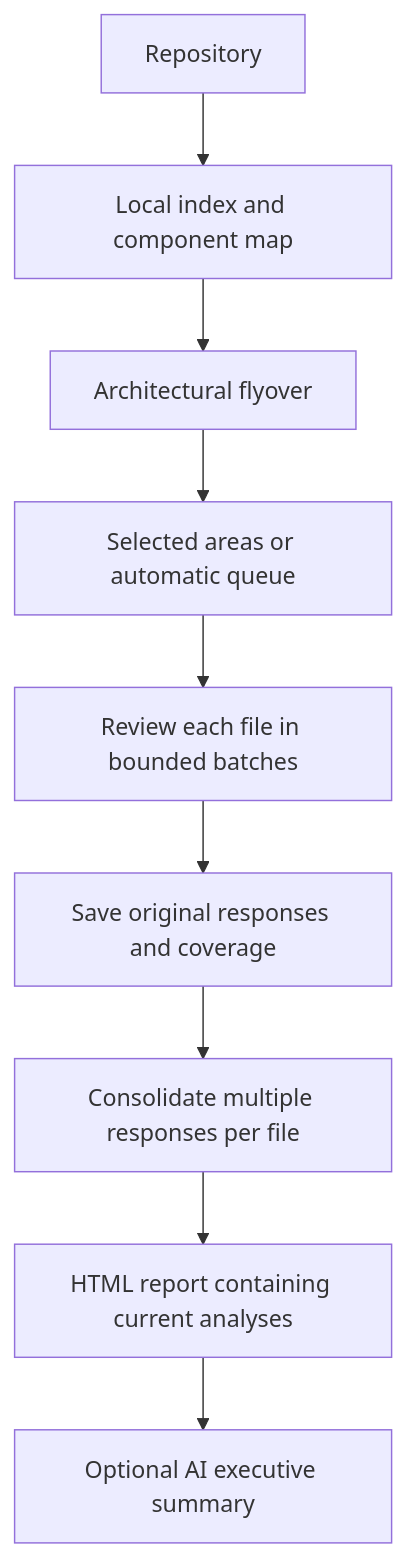
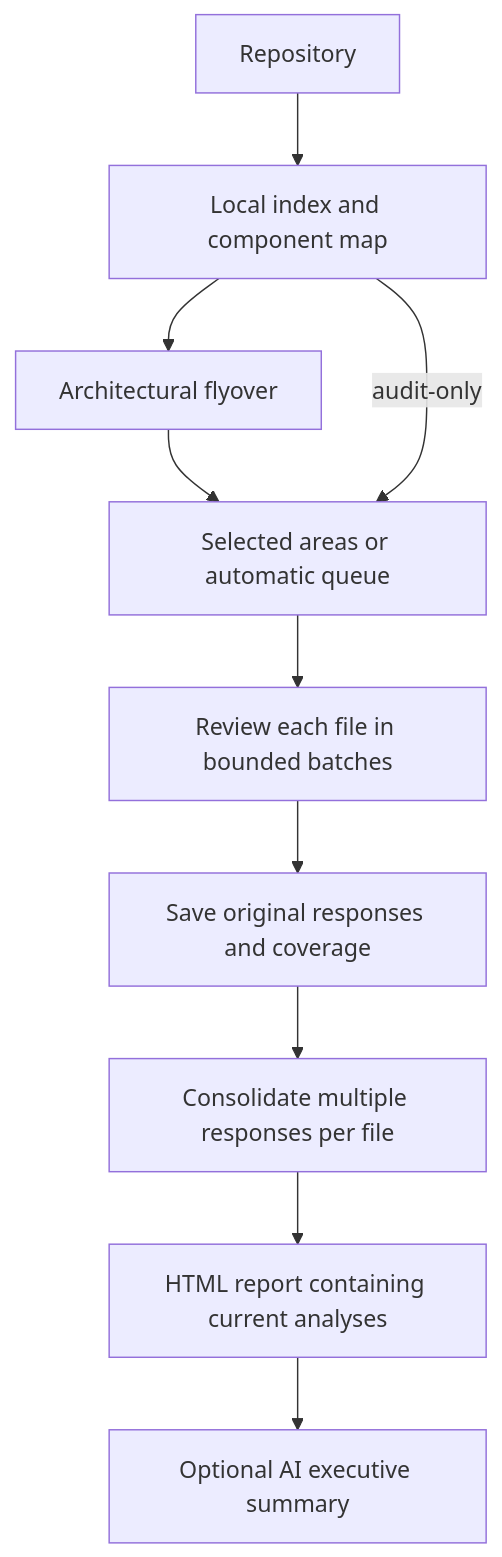
One commit to fokken/njordcup changed the diagram in docs/architecture.md. Above: the diagram before and after it, drawn with Mermaid. The commit also changed other lines of this file and 10 other files, not shown here.

Commit message:
Add direct security audit mode and document SARIF-only investigations

````diff
--- a/docs/architecture.md
+++ b/docs/architecture.md
@@ -10,11 +10,12 @@
 ```mermaid
 flowchart TD
     A[Repository] --> B[Local index and component map]
     B --> C[Architectural flyover]
     C --> D[Selected areas or automatic queue]
+    B -->|audit-only| D
     D --> E[Review each file in bounded batches]
     E --> F[Save original responses and coverage]
     F --> G[Consolidate multiple responses per file]
     G --> H[HTML report containing current analyses]
     H --> I[Optional AI executive summary]
 ```
````
